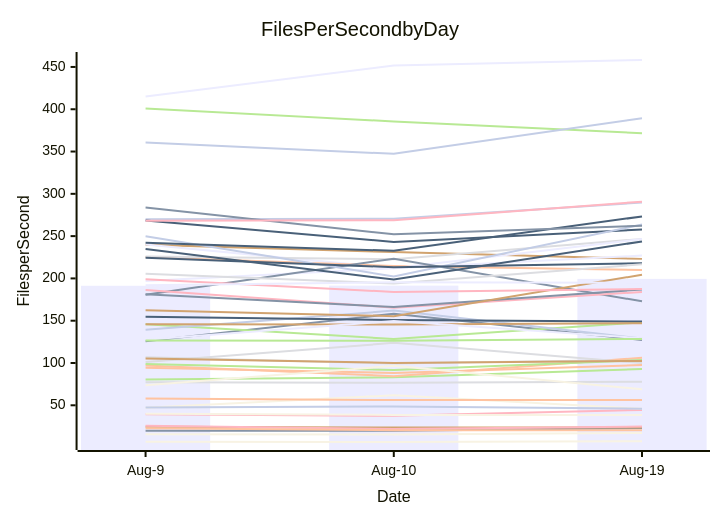
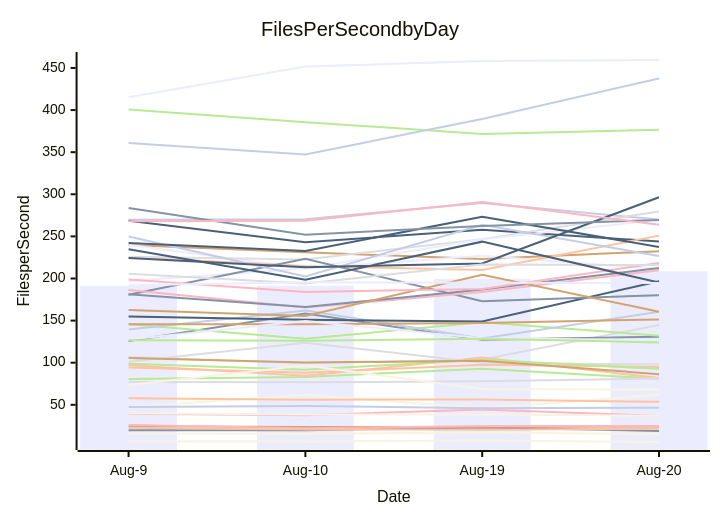
Before and after one commit to streetsidesoftware/cspell: the diagram in perf-report.md, drawn with Mermaid. The commit also changed other lines of this file and 2 other files, not shown here.

````diff
--- a/perf-report.md
+++ b/perf-report.md
@@ -11,57 +11,57 @@
 ```mermaid
 xychart-beta
     title Files Per Second by Day
     y-axis Files per Second
-    x-axis Date [Aug-9, Aug-10, Aug-19]
-    bar [191.27, 191.48, 199.45]
-    line [19.76, 19.87, 23.15]
-    line [94.45, 88.13, 97.66]
-    line [106.66, 99.38, 103.80]
-    line [80.61, 83.15, 92.81]
-    line [239.79, 231.09, 223.10]
-    line [269.81, 270.47, 289.77]
-    line [39.52, 37.52, 44.46]
-    line [268.54, 243.09, 257.77]
-    line [6.78, 6.60, 7.51]
-    line [240.17, 211.99, 227.00]
-    line [125.68, 158.27, 127.25]
-    line [225.24, 214.74, 210.02]
-    line [225.91, 222.58, 246.74]
-    line [145.75, 128.32, 148.05]
-    line [24.65, 23.72, 23.68]
-    line [139.45, 161.93, 128.87]
-    line [25.95, 22.03, 24.86]
-    line [154.75, 150.93, 149.02]
-    line [15.80, 15.53, 17.25]
-    line [196.97, 211.99, 246.59]
-    line [180.75, 223.35, 172.94]
-    line [96.93, 84.41, 106.12]
-    line [77.16, 76.75, 77.91]
-    line [400.74, 385.62, 371.65]
-    line [145.79, 145.58, 147.10]
-    line [249.96, 202.34, 263.67]
-    line [186.27, 165.43, 184.07]
-    line [224.37, 213.27, 217.89]
-    line [47.00, 61.84, 45.89]
-    line [127.47, 149.55, 129.16]
-    line [181.18, 166.12, 186.93]
-    line [57.90, 56.15, 56.35]
-    line [101.07, 123.80, 99.87]
-    line [98.84, 91.76, 103.43]
-    line [162.48, 155.40, 204.32]
-    line [360.76, 347.31, 389.41]
-    line [198.91, 184.05, 187.41]
-    line [242.10, 232.62, 273.32]
-    line [73.60, 96.61, 68.89]
-    line [415.14, 451.69, 458.22]
-    line [283.77, 252.09, 262.36]
-    line [22.84, 20.59, 20.47]
-    line [205.56, 193.98, 216.67]
-    line [126.64, 126.17, 128.45]
-    line [105.46, 100.11, 102.43]
-    line [47.26, 48.66, 46.00]
-    line [268.09, 268.70, 290.78]
-    line [234.76, 198.61, 243.75]
-    line [39.98, 38.63, 38.64]
-    line [192.03, 195.48, 194.87]
+    x-axis Date [Aug-9, Aug-10, Aug-19, Aug-20]
+    bar [191.27, 191.48, 199.45, 208.52]
+    line [19.76, 19.87, 23.15, 19.04]
+    line [94.45, 88.13, 97.66, 94.89]
+    line [106.66, 99.38, 103.80, 144.75]
+    line [80.61, 83.15, 92.81, 81.01]
+    line [239.79, 231.09, 223.10, 232.36]
+    line [269.81, 270.47, 289.77, 269.92]
+    line [39.52, 37.52, 44.46, 36.81]
+    line [268.54, 243.09, 257.77, 243.92]
+    line [6.78, 6.60, 7.51, 5.84]
+    line [240.17, 211.99, 227.00, 211.19]
+    line [125.68, 158.27, 127.25, 130.78]
+    line [225.24, 214.74, 210.02, 250.92]
+    line [225.91, 222.58, 246.74, 279.67]
+    line [145.75, 128.32, 148.05, 132.04]
+    line [24.65, 23.72, 23.68, 24.30]
+    line [139.45, 161.93, 128.87, 160.40]
+    line [25.95, 22.03, 24.86, 24.69]
+    line [154.75, 150.93, 149.02, 196.70]
+    line [15.80, 15.53, 17.25, 15.41]
+    line [196.97, 211.99, 246.59, 269.75]
+    line [180.75, 223.35, 172.94, 180.24]
+    line [96.93, 84.41, 106.12, 81.83]
+    line [77.16, 76.75, 77.91, 81.10]
+    line [400.74, 385.62, 371.65, 376.49]
+    line [145.79, 145.58, 147.10, 151.45]
+    line [249.96, 202.34, 263.67, 226.73]
+    line [186.27, 165.43, 184.07, 209.75]
+    line [224.37, 213.27, 217.89, 296.52]
+    line [47.00, 61.84, 45.89, 61.87]
+    line [127.47, 149.55, 129.16, 126.70]
+    line [181.18, 166.12, 186.93, 212.37]
+    line [57.90, 56.15, 56.35, 53.55]
+    line [101.07, 123.80, 99.87, 97.86]
+    line [98.84, 91.76, 103.43, 92.70]
+    line [162.48, 155.40, 204.32, 160.56]
+    line [360.76, 347.31, 389.41, 437.50]
+    line [198.91, 184.05, 187.41, 218.48]
+    line [242.10, 232.62, 273.32, 237.49]
+    line [73.60, 96.61, 68.89, 68.01]
+    line [415.14, 451.69, 458.22, 459.45]
+    line [283.77, 252.09, 262.36, 269.59]
+    line [22.84, 20.59, 20.47, 21.45]
+    line [205.56, 193.98, 216.67, 215.89]
+    line [126.64, 126.17, 128.45, 124.08]
+    line [105.46, 100.11, 102.43, 86.41]
+    line [47.26, 48.66, 46.00, 46.59]
+    line [268.09, 268.70, 290.78, 263.80]
+    line [234.76, 198.61, 243.75, 195.15]
+    line [39.98, 38.63, 38.64, 36.85]
+    line [192.03, 195.48, 194.87, 194.56]
 ```
````
